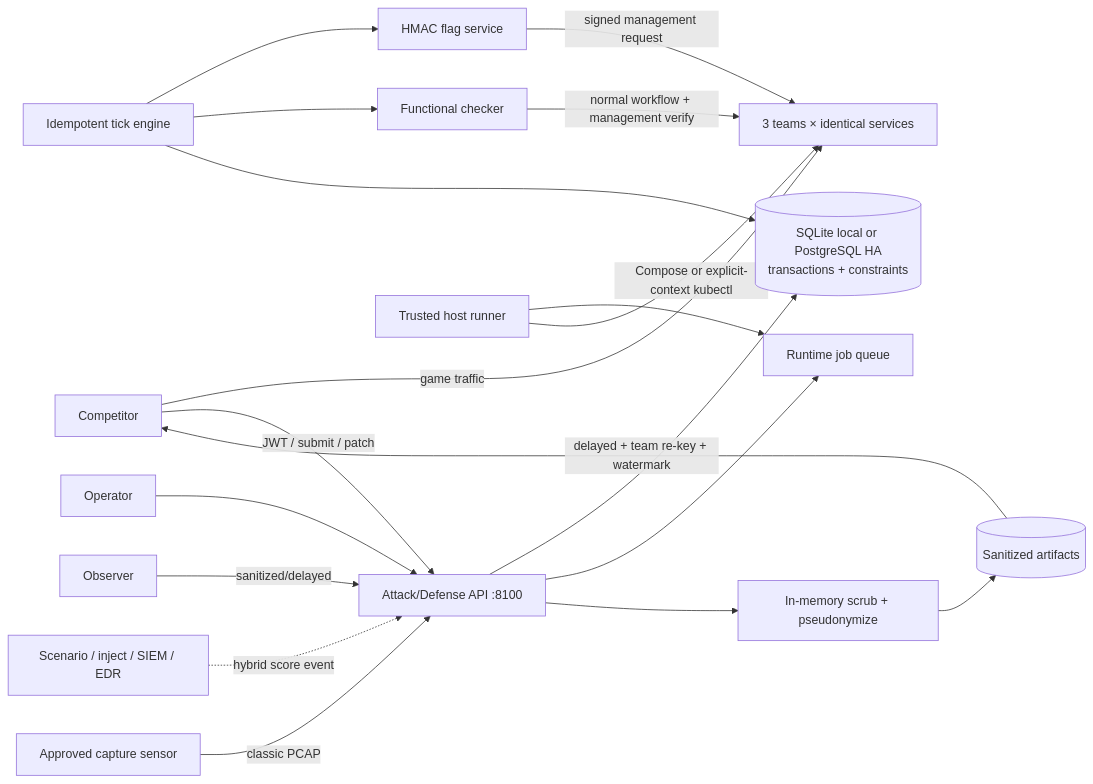
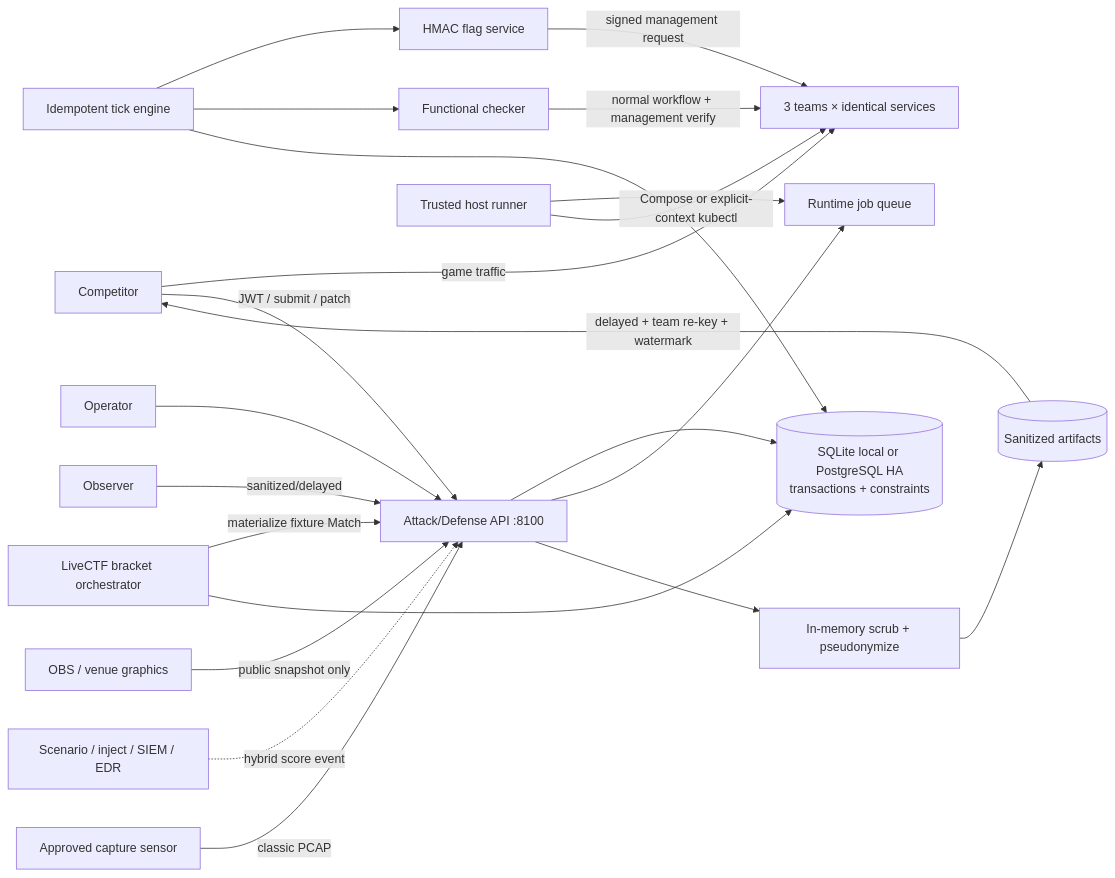
Before and after one commit to MintKangaroo/Cyber-Offensive-and-Defensive-Exercise: the diagram in docs/attack-defense-architecture.md, drawn with Mermaid. The commit also changed other lines of this file and 44 other files, not shown here.

Commit message:
feat(attack-defense): add LiveCTF tournament and broadcast overlays

````diff
--- a/docs/attack-defense-architecture.md
+++ b/docs/attack-defense-architecture.md
@@ -19,21 +25,24 @@
 ```mermaid
 flowchart LR
   Competitor -->|game traffic| Game["3 teams × identical services"]
   Competitor -->|JWT / submit / patch| API["Attack/Defense API :8100"]
   Operator --> API
   Observer -->|sanitized/delayed| API
+  Broadcast["OBS / venue graphics"] -->|public snapshot only| API
   Engine["Idempotent tick engine"] --> Flags["HMAC flag service"]
   Engine --> Checker["Functional checker"]
   Flags -->|signed management request| Game
   Checker -->|normal workflow + management verify| Game
   API --> DB[("SQLite local or PostgreSQL HA\ntransactions + constraints")]
   Engine --> DB
   API --> Jobs["Runtime job queue"]
   HostRunner["Trusted host runner"] --> Jobs
   HostRunner -->|Compose or explicit-context kubectl| Game
   Legacy["Scenario / inject / SIEM / EDR"] -. hybrid score event .-> API
   Sensor["Approved capture sensor"] -->|classic PCAP| API
   API --> Privacy["In-memory scrub + pseudonymize"]
   Privacy --> Captures[("Sanitized artifacts")]
   Captures -->|delayed + team re-key + watermark| Competitor
+  Tournament["LiveCTF bracket orchestrator"] -->|materialize fixture Match| API
+  Tournament --> DB
 ```
````
